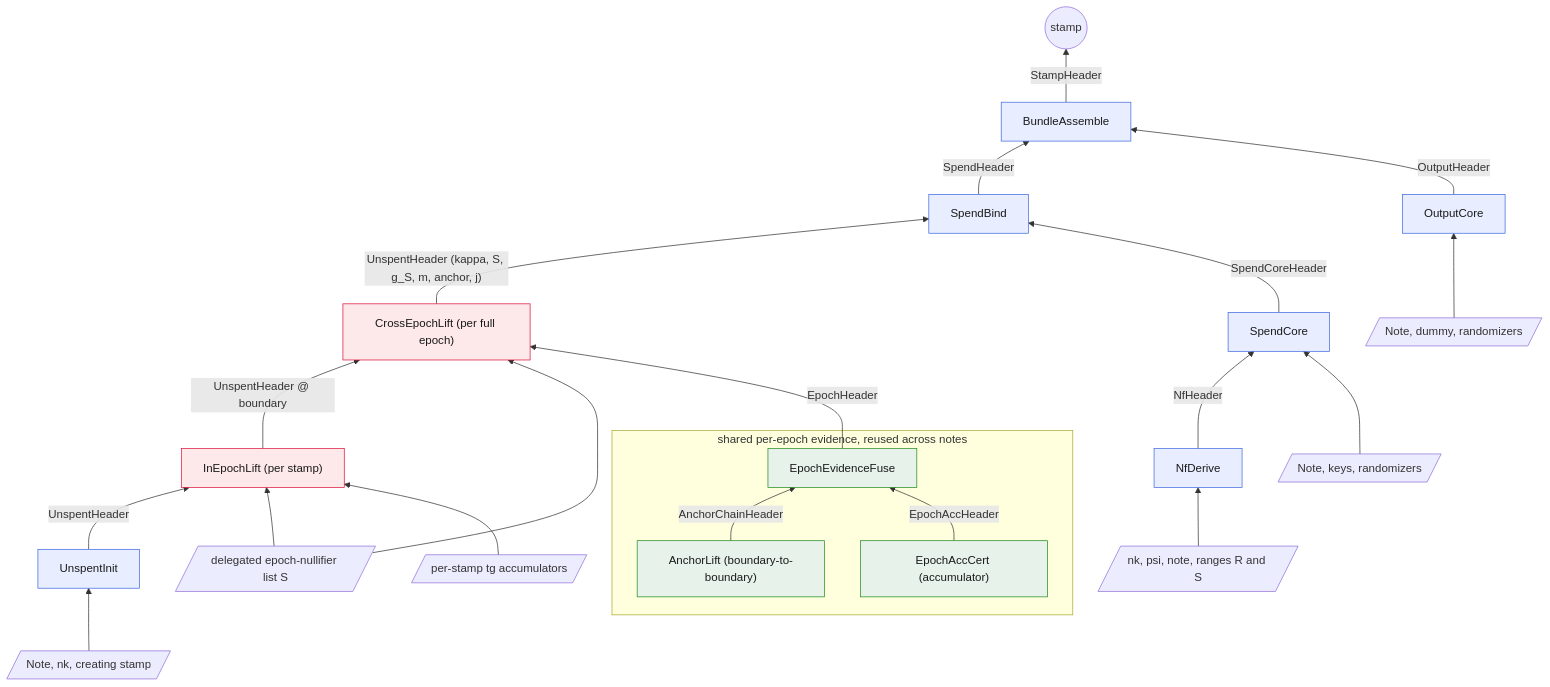
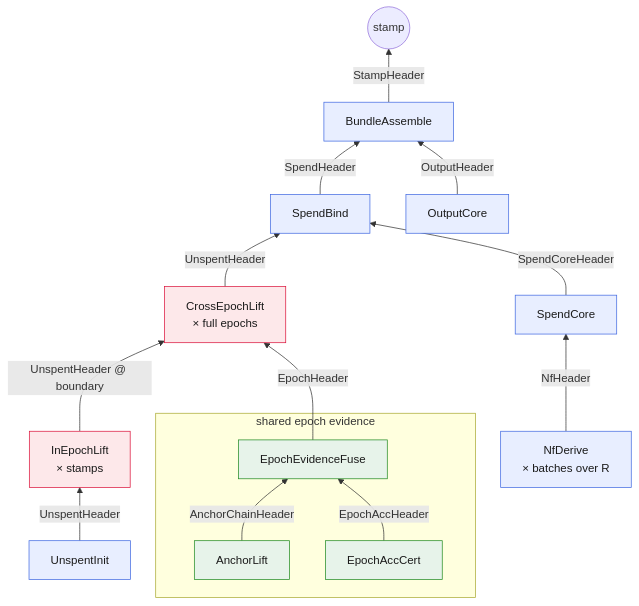
The first of 2 diagrams in book/src/revisit.md (alxiong/tachyon), drawn with Mermaid before and after one commit. The commit also changed other lines of this file, not shown here.

````diff
--- a/book/src/revisit.md
+++ b/book/src/revisit.md
@@ -1562,51 +1571,35 @@
 ```mermaid
 flowchart BT
   classDef u fill:#e8eeff,stroke:#4169E1,color:#1a1a1a;
   classDef o fill:#fde8ea,stroke:#DC143C,color:#1a1a1a;
   classDef s fill:#e7f3ea,stroke:#228B22,color:#1a1a1a;
 
-  subgraph shared [shared per-epoch evidence, reused across notes]
-    alift["AnchorLift (boundary-to-boundary)"]:::s
-    eacc["EpochAccCert (accumulator)"]:::s
+  subgraph shared [shared epoch evidence]
+    alift[AnchorLift]:::s
+    eacc[EpochAccCert]:::s
     efuse[EpochEvidenceFuse]:::s
     alift -->|AnchorChainHeader| efuse
     eacc -->|EpochAccHeader| efuse
   end
 
-  w_nk[/nk, psi, note, ranges R and S/]
-  w_note[/Note, keys, randomizers/]
-  w_init[/Note, nk, creating stamp/]
-  w_delegated[/delegated epoch-nullifier list S/]
-  w_stamps[/per-stamp tg accumulators/]
-  w_out[/Note, dummy, randomizers/]
-
-  nfderive[NfDerive]:::u
+  nfderive["NfDerive<br/>× batches over R"]:::u
   score[SpendCore]:::u
   uinit[UnspentInit]:::u
-  inlift["InEpochLift (per stamp)"]:::o
-  ulift["CrossEpochLift (per full epoch)"]:::o
+  inlift["InEpochLift<br/>× stamps"]:::o
+  ulift["CrossEpochLift<br/>× full epochs"]:::o
   sbind[SpendBind]:::u
   ocore[OutputCore]:::u
   bmerge[BundleAssemble]:::u
   stamp((stamp))
 
-  w_nk --> nfderive
   nfderive -->|NfHeader| score
-  w_note --> score
-
-  w_init --> uinit
-
   uinit -->|UnspentHeader| inlift
-  w_delegated --> inlift
-  w_stamps --> inlift
   inlift -->|"UnspentHeader @ boundary"| ulift
-  w_delegated --> ulift
   efuse -->|EpochHeader| ulift
-  ulift -->|"UnspentHeader (kappa, S, g_S, m, anchor, j)"| sbind
+  ulift -->|UnspentHeader| sbind
   score -->|SpendCoreHeader| sbind
 
   sbind -->|SpendHeader| bmerge
-  w_out --> ocore
   ocore -->|OutputHeader| bmerge
   bmerge -->|StampHeader| stamp
 ```
````
